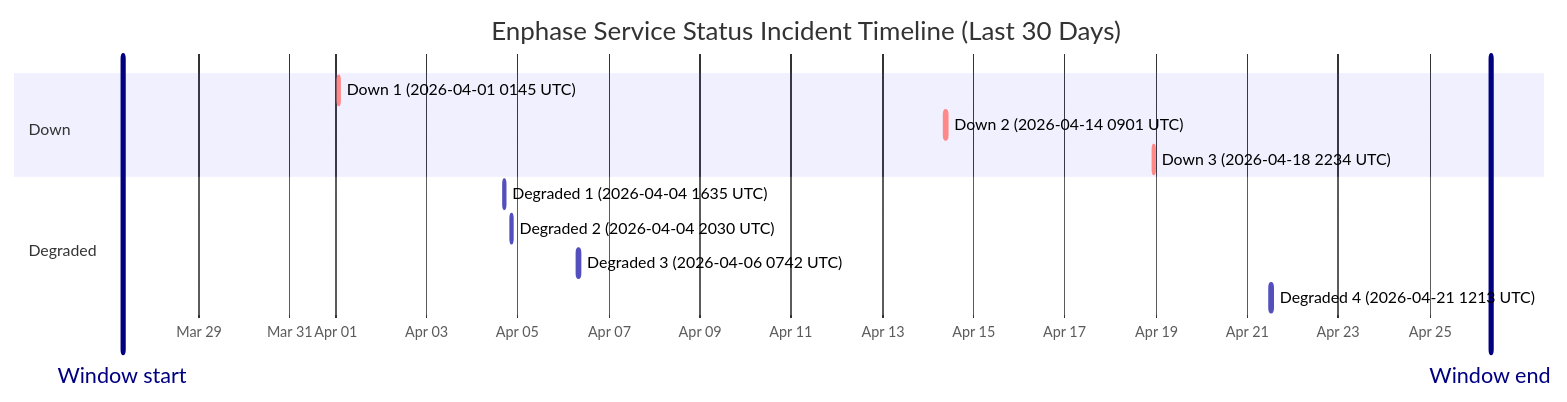
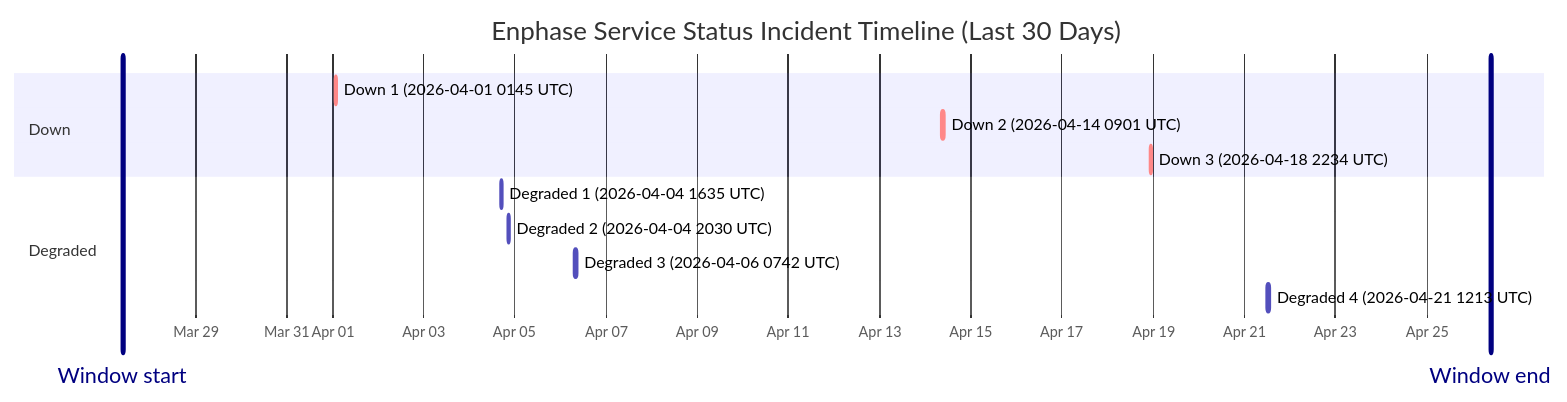
One commit to barneyonline/ha-enphase-ev-charger changed the diagram in wiki/Service-Status-History.md. Above: the diagram before and after it, drawn with Mermaid. The commit also changed other lines of this file and 3 other files, not shown here.

````diff
--- a/wiki/Service-Status-History.md
+++ b/wiki/Service-Status-History.md
@@ -14,17 +14,17 @@
 ```mermaid
 gantt
     title Enphase Service Status Incident Timeline (Last 30 Days)
     dateFormat  YYYY-MM-DDTHH:mm:ss
     axisFormat  %b %d
-    Window start :vert, window-start, 2026-03-27T08:00:51, 0ms
-    Window end :vert, window-end, 2026-04-26T08:00:51, 0ms
+    Window start :vert, window-start, 2026-03-27T09:30:05, 0ms
+    Window end :vert, window-end, 2026-04-26T09:30:05, 0ms
     section Down
     Down 1 (2026-04-01 0145 UTC) :crit, down-1, 2026-04-01T01:45:09, 60m
     Down 2 (2026-04-14 0901 UTC) :crit, down-2, 2026-04-14T09:01:13, 60m
     Down 3 (2026-04-18 2234 UTC) :crit, down-3, 2026-04-18T22:34:13, 60m
     section Degraded
     Degraded 1 (2026-04-04 1635 UTC) :active, degraded-1, 2026-04-04T16:35:17, 60m
     Degraded 2 (2026-04-04 2030 UTC) :active, degraded-2, 2026-04-04T20:30:40, 60m
     Degraded 3 (2026-04-06 0742 UTC) :active, degraded-3, 2026-04-06T07:42:09, 85m
     Degraded 4 (2026-04-21 1213 UTC) :active, degraded-4, 2026-04-21T12:13:11, 60m
 ```
````
